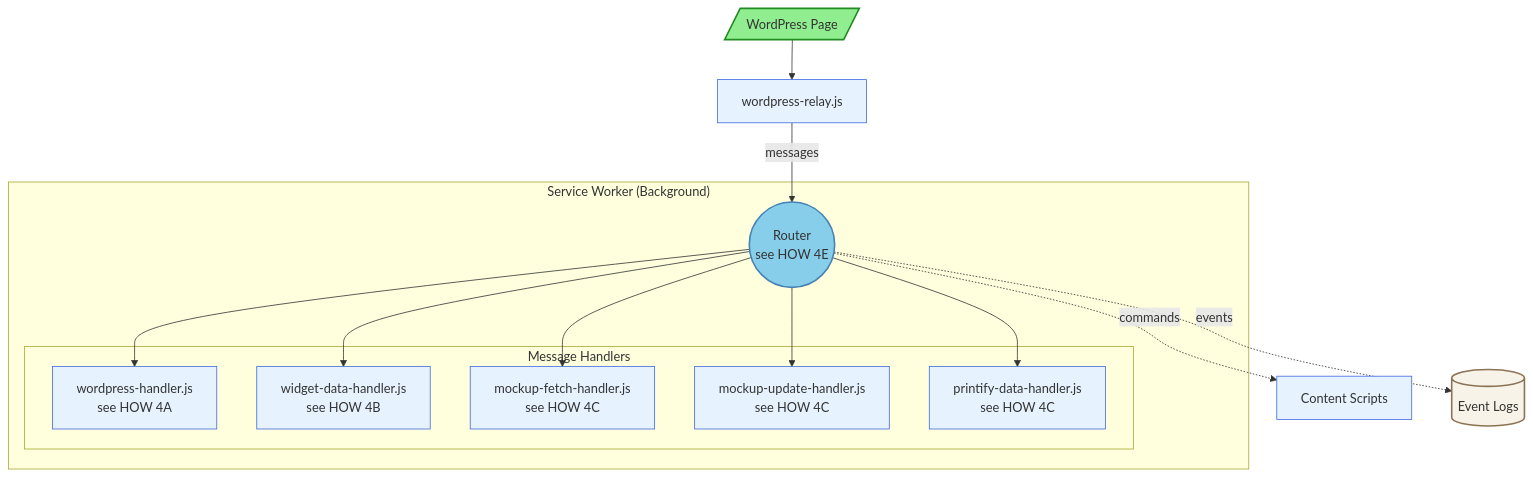
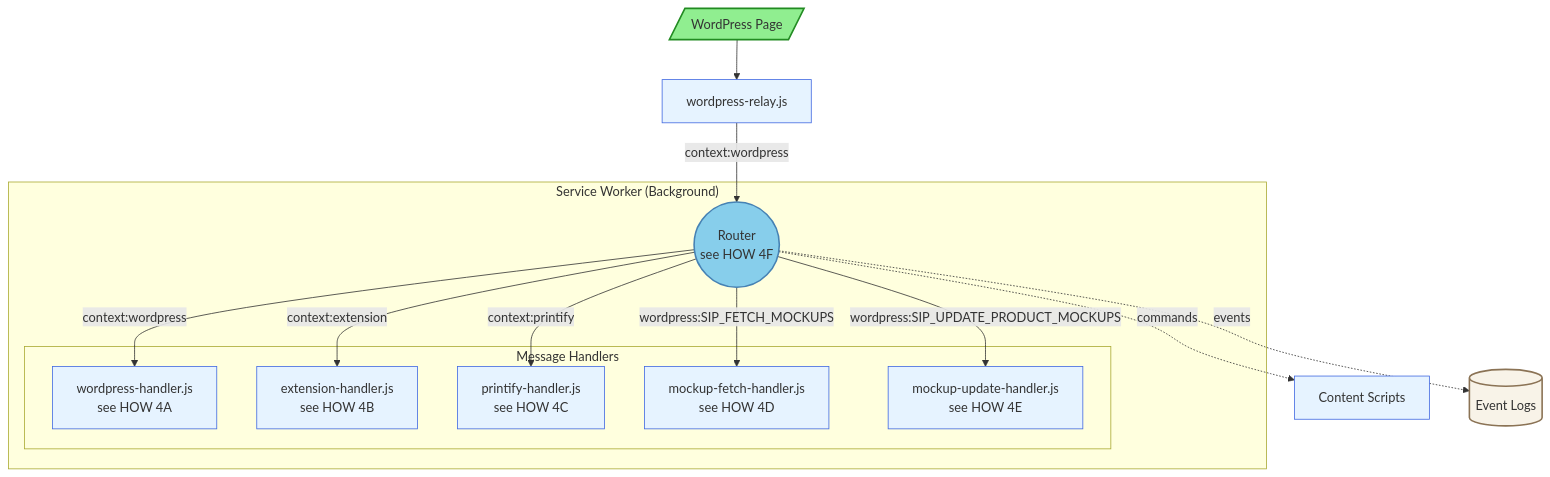
One commit to tdemelle-SiP/.claude changed the third of 4 diagrams in guidelines/sip-printify-manager-extension-guidelines-v3.md. Above: the diagram before and after it, drawn with Mermaid. The commit also changed other lines of this file and 2 other files, not shown here.

````diff
--- a/guidelines/sip-printify-manager-extension-guidelines-v3.md
+++ b/guidelines/sip-printify-manager-extension-guidelines-v3.md
@@ -433,38 +461,38 @@
 ```mermaid
 graph TD
   subgraph "Service Worker (Background)"
-    Router((Router<br/>see HOW 4E))
+    Router((Router<br/>see HOW 4F))
     
     subgraph "Message Handlers"
       WH[wordpress-handler.js<br/>see HOW 4A]
-      WDH[widget-data-handler.js<br/>see HOW 4B]
-      MFH[mockup-fetch-handler.js<br/>see HOW 4C]
-      MUH[mockup-update-handler.js<br/>see HOW 4C]
-      PDH[printify-data-handler.js<br/>see HOW 4C]
+      EH[extension-handler.js<br/>see HOW 4B]
+      PH[printify-handler.js<br/>see HOW 4C]
+      MFH[mockup-fetch-handler.js<br/>see HOW 4D]
+      MUH[mockup-update-handler.js<br/>see HOW 4E]
     end
     
-    Router --> WH
-    Router --> WDH
-    Router --> MFH
-    Router --> MUH
-    Router --> PDH
+    Router -->|context:wordpress| WH
+    Router -->|context:extension| EH
+    Router -->|context:printify| PH
+    Router -->|wordpress:SIP_FETCH_MOCKUPS| MFH
+    Router -->|wordpress:SIP_UPDATE_PRODUCT_MOCKUPS| MUH
   end
   
   WPPage[/"WordPress Page"/] --> WPRelay[wordpress-relay.js]
-  WPRelay -->|messages| Router
+  WPRelay -->|context:wordpress| Router
   
   Router -. commands .-> CS[Content Scripts]
   Router -. events .-> EventLogs[(Event Logs)]
   
   %% Style definitions
   classDef userFacingStyle fill:#90EE90,stroke:#228B22,stroke-width:2px
   classDef routerStyle fill:#87CEEB,stroke:#4682B4,stroke-width:2px
   classDef scriptStyle fill:#E6F3FF,stroke:#4169E1,stroke-width:1px
   classDef storageStyle fill:#F8F3E8,stroke:#8B7355,stroke-width:2px
   
   %% Apply styles
   class WPPage userFacingStyle
   class Router routerStyle
-  class WH,WDH,MFH,MUH,PDH,WPRelay,CS scriptStyle
+  class WH,EH,PH,MFH,MUH,WPRelay,CS scriptStyle
   class EventLogs storageStyle
 ```
````
